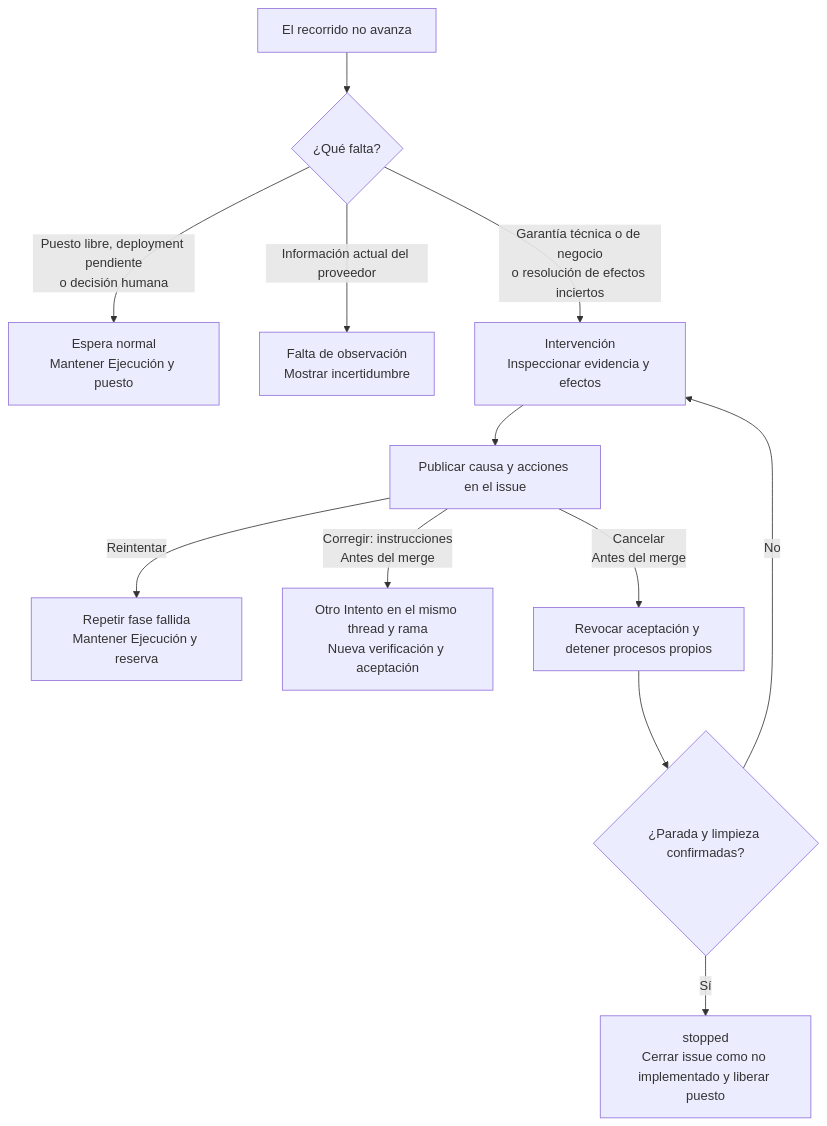
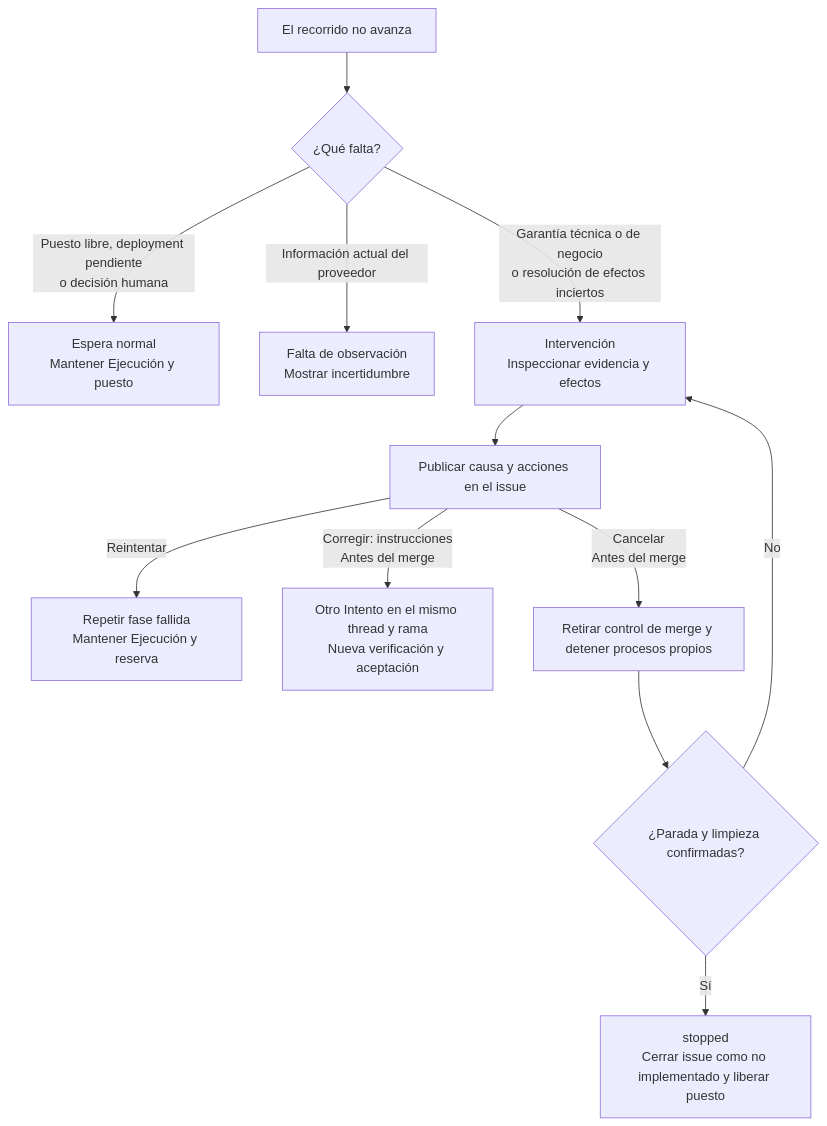
Before and after one commit to rubenbp/app-foundry: the first of 2 diagrams in docs/manual/05-variantes-e-intervencion.md, drawn with Mermaid. The commit also changed other lines of this file and 33 other files, not shown here.

````diff
--- a/docs/manual/05-variantes-e-intervencion.md
+++ b/docs/manual/05-variantes-e-intervencion.md
@@ -7,14 +7,14 @@
 ```mermaid
 flowchart TD
     S["El recorrido no avanza"] --> D{"¿Qué falta?"}
     D -->|"Puesto libre, deployment pendiente<br/>o decisión humana"| E["Espera normal<br/>Mantener Ejecución y puesto"]
     D -->|"Información actual del proveedor"| O["Falta de observación<br/>Mostrar incertidumbre"]
     D -->|"Garantía técnica o de negocio<br/>o resolución de efectos inciertos"| I["Intervención<br/>Inspeccionar evidencia y efectos"]
     I --> N["Publicar causa y acciones en el issue"]
     N -->|"Reintentar"| R["Repetir fase fallida<br/>Mantener Ejecución y reserva"]
     N -->|"Corregir: instrucciones<br/>Antes del merge"| A["Otro Intento en el mismo thread y rama<br/>Nueva verificación y aceptación"]
-    N -->|"Cancelar<br/>Antes del merge"| C["Revocar aceptación y detener procesos propios"]
+    N -->|"Cancelar<br/>Antes del merge"| C["Retirar control de merge y detener procesos propios"]
     C --> V{"¿Parada y limpieza confirmadas?"}
     V -->|"Sí"| F["stopped<br/>Cerrar issue como no implementado y liberar puesto"]
     V -->|"No"| I
 ```
````
